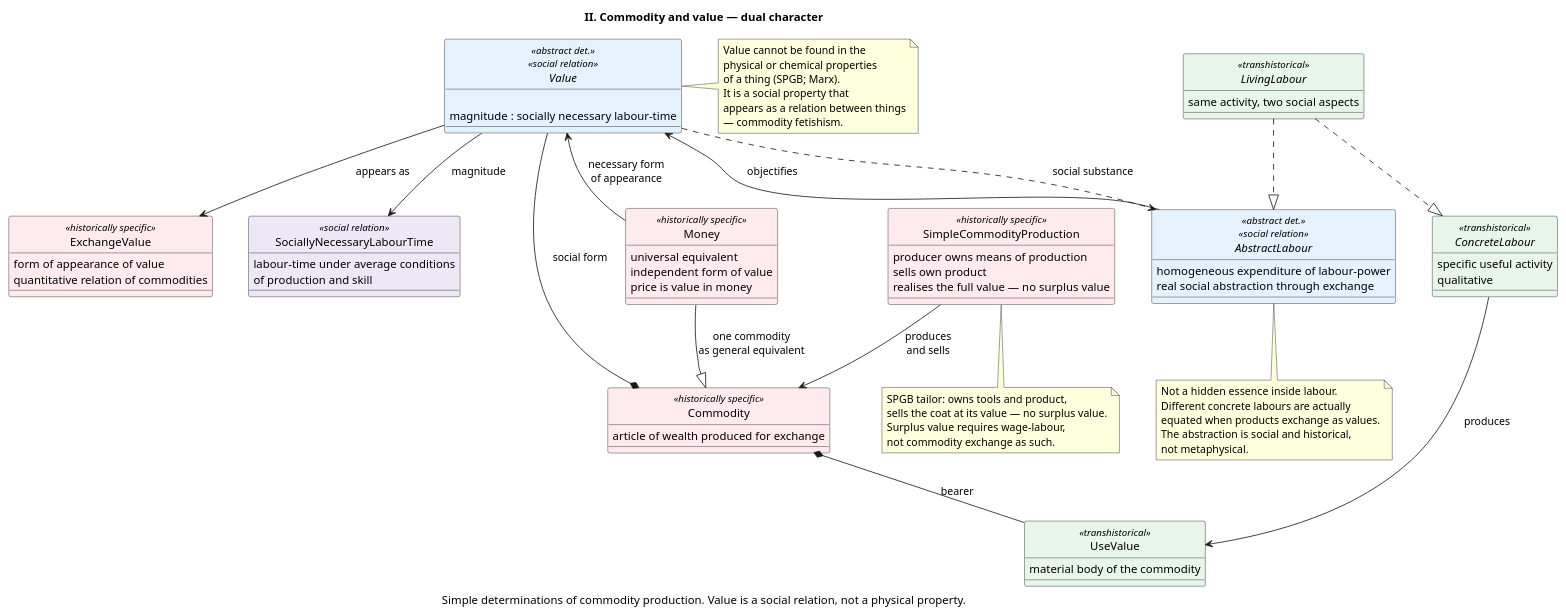
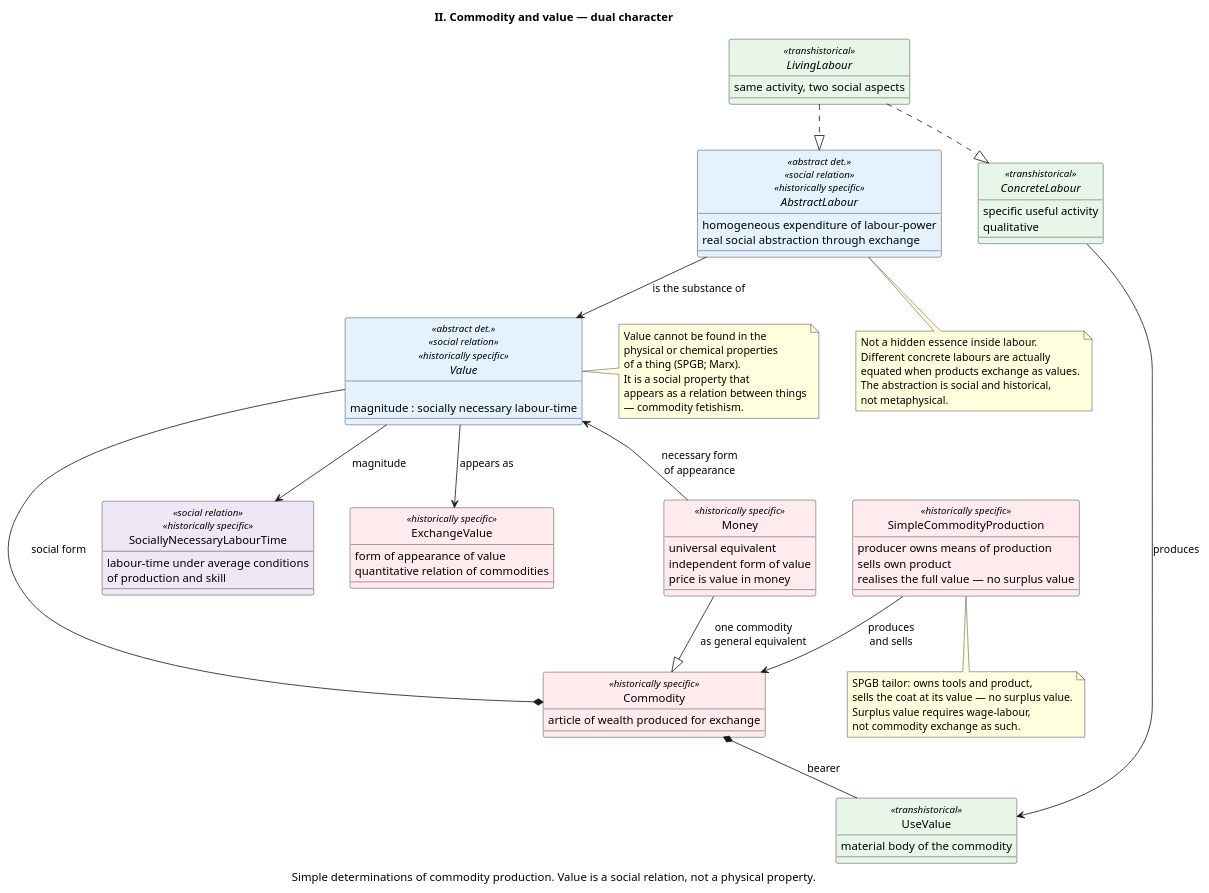
One commit to davot/wagism changed the third of 4 diagrams in models/surplus-value.puml. Above: the diagram before and after it, drawn with PlantUML. The commit also changed other lines of this file and 1 other file, not shown here.

```diff
--- a/models/surplus-value.puml
+++ b/models/surplus-value.puml
@@ -196,109 +212,108 @@
 @startuml surplus-value-commodity
 title II. Commodity and value — dual character
 caption Simple determinations of commodity production. Value is a social relation, not a physical property.
 
 hide circle
 skinparam shadowing false
 skinparam classAttributeIconSize 0
 skinparam ranksep 55
 skinparam nodesep 45
 skinparam class {
   BackgroundColor<<transhistorical>> #E8F5E9
   BackgroundColor<<abstract det.>> #E3F2FD
   BackgroundColor<<social relation>> #EDE7F6
   BackgroundColor<<historically specific>> #FFEBEE
 }
 
 abstract class LivingLabour <<transhistorical>> {
   same activity, two social aspects
 }
 
 together {
   abstract class ConcreteLabour <<transhistorical>> {
     specific useful activity
     qualitative
   }
-  abstract class AbstractLabour <<abstract det.>> <<social relation>> {
+  abstract class AbstractLabour <<abstract det.>> <<social relation>> <<historically specific>> {
     homogeneous expenditure of labour-power
     real social abstraction through exchange
   }
 }
 
 class UseValue <<transhistorical>> {
   material body of the commodity
 }
 
 class Commodity <<historically specific>> {
   article of wealth produced for exchange
 }
 
-abstract class Value <<abstract det.>> <<social relation>> {
+abstract class Value <<abstract det.>> <<social relation>> <<historically specific>> {
   {abstract}
   magnitude : socially necessary labour-time
 }
 
 together {
   class ExchangeValue <<historically specific>> {
     form of appearance of value
     quantitative relation of commodities
   }
-  class SociallyNecessaryLabourTime <<social relation>> {
+  class SociallyNecessaryLabourTime <<social relation>> <<historically specific>> {
     labour-time under average conditions
     of production and skill
   }
 }
 
 class Money <<historically specific>> {
   universal equivalent
   independent form of value
   price is value in money
 }
 
 class SimpleCommodityProduction <<historically specific>> {
   producer owns means of production
   sells own product
   realises the full value — no surplus value
 }
 
 LivingLabour ..|> ConcreteLabour
 LivingLabour ..|> AbstractLabour
 ConcreteLabour --> UseValue : produces
-AbstractLabour --> Value : objectifies
+AbstractLabour --> Value : is the substance of
 Commodity *-- UseValue : bearer
 Commodity *-- Value : social form
 Value --> ExchangeValue : appears as
 Value --> SociallyNecessaryLabourTime : magnitude
-Value ..> AbstractLabour : social substance
 Money --|> Commodity : one commodity\nas general equivalent
 Money --> Value : necessary form\nof appearance
 SimpleCommodityProduction --> Commodity : produces\nand sells
 
 LivingLabour -[hidden]down-> Commodity
 Commodity -[hidden]down-> Value
 Value -[hidden]down-> Money
 
 note right of Value
   Value cannot be found in the
   physical or chemical properties
   of a thing (SPGB; Marx).
   It is a social property that
   appears as a relation between things
   — commodity fetishism.
 end note
 
 note bottom of AbstractLabour
   Not a hidden essence inside labour.
   Different concrete labours are actually
   equated when products exchange as values.
   The abstraction is social and historical,
   not metaphysical.
 end note
 
 note bottom of SimpleCommodityProduction
   SPGB tailor: owns tools and product,
   sells the coat at its value — no surplus value.
   Surplus value requires wage-labour,
   not commodity exchange as such.
 end note
 
 @enduml
```
